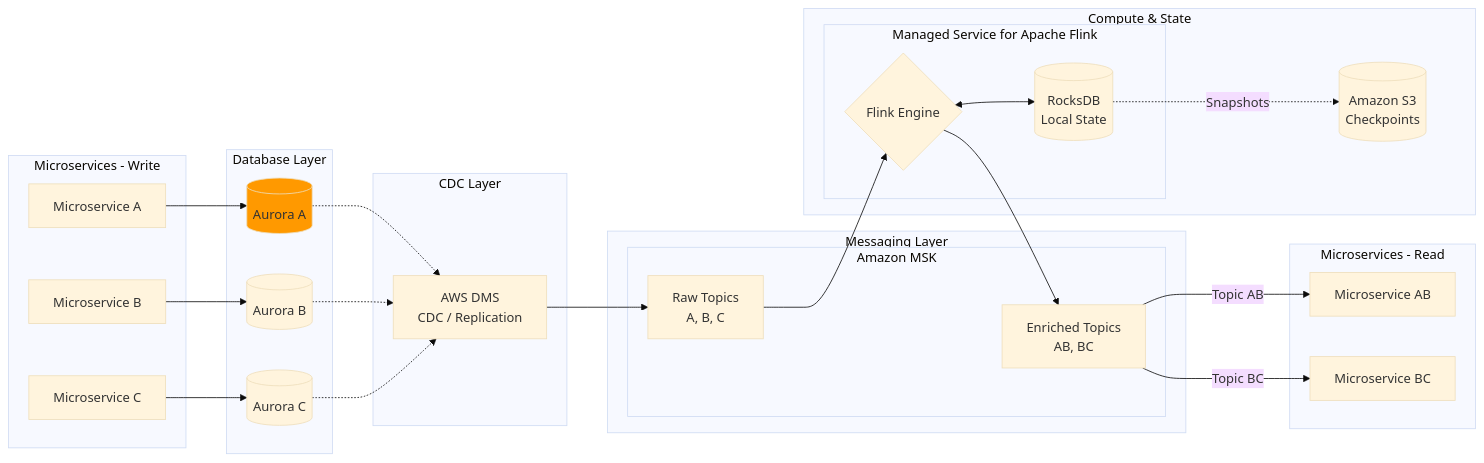
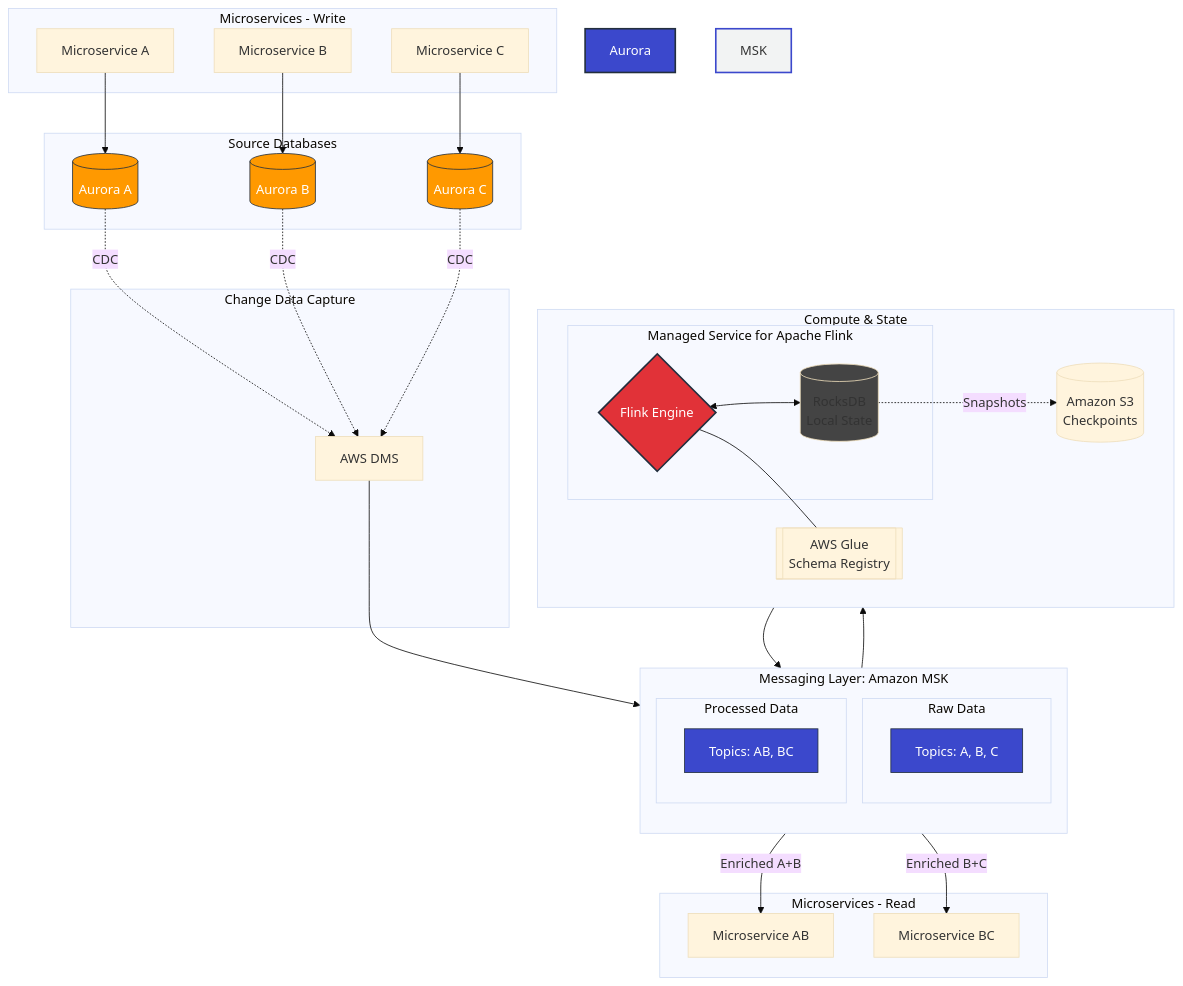
The diagram in diagrams/aws.md (bw-alex-riazanov/event-driven-architecture), drawn with Mermaid (base theme) before and after one commit. The commit also changed other lines of this file, not shown here.

````diff
--- a/diagrams/aws.md
+++ b/diagrams/aws.md
@@ -4,57 +4,80 @@
 ```mermaid
-graph LR
+graph TD
+    %% Группа Продюсеров
     subgraph Producers [Microservices - Write]
         A[Microservice A]
         B[Microservice B]
         C[Microservice C]
     end
 
-    subgraph Storage [Database Layer]
+    %% Группа Баз Данных
+    subgraph Storage [Source Databases]
         DB_A[(Aurora A)]
         DB_B[(Aurora B)]
         DB_C[(Aurora C)]
     end
 
-    subgraph Ingestion [CDC Layer]
-        DMS[AWS DMS<br/>CDC / Replication]
+    %% Слой CDC
+    subgraph Ingestion [Change Data Capture]
+        DMS[AWS DMS]
     end
 
-    subgraph Streaming [Messaging Layer]
-        subgraph MSK [Amazon MSK]
-            T_Raw[Raw Topics<br/>A, B, C]
-            T_Enriched[Enriched Topics<br/>AB, BC]
+    %% Шина Данных
+    subgraph Streaming [Messaging Layer: Amazon MSK]
+        direction TB
+        subgraph RawTopics [Raw Data]
+            T_Raw[Topics: A, B, C]
+        end
+        subgraph EnrichedTopics [Processed Data]
+            T_Enriched[Topics: AB, BC]
         end
     end
 
+    %% Процессинг
     subgraph Processing [Compute & State]
+        direction LR
         subgraph FlinkApp [Managed Service for Apache Flink]
             Flink{Flink Engine}
             Rocks[(RocksDB<br/>Local State)]
             Flink <--> Rocks
         end
+        Glue[[AWS Glue<br/>Schema Registry]]
         S3[(Amazon S3<br/>Checkpoints)]
-        Rocks -.->|Snapshots| S3
     end
 
+    %% Потребители
     subgraph Consumers [Microservices - Read]
         MS_AB[Microservice AB]
         MS_BC[Microservice BC]
     end
 
-    %% Data Flow
+    %% Потоки данных
     A --> DB_A
     B --> DB_B
     C --> DB_C
 
-    DB_A & DB_B & DB_C -.-> DMS
+    DB_A & DB_B & DB_C -.->|CDC| DMS
     DMS --> T_Raw
     
     T_Raw --> Flink
+    Flink --- Glue
+    Rocks -.->|Snapshots| S3
+    
     Flink --> T_Enriched
     
-    T_Enriched -->|Topic AB| MS_AB
-    T_Enriched -->|Topic BC| MS_BC
+    T_Enriched -->|Enriched A+B| MS_AB
+    T_Enriched -->|Enriched B+C| MS_BC
 
-    %% Styling
-    style DB_A fill:#f90,stroke:#23
+    %% Улучшенная стилизация (AWS Colors & Modern UI)
+    style Aurora fill:#3b48cc,stroke:#232f3e,stroke-width:2px,color:#fff
+    style DB_A fill:#f90,stroke:#232f3e,color:#fff
+    style DB_B fill:#f90,stroke:#232f3e,color:#fff
+    style DB_C fill:#f90,stroke:#232f3e,color:#fff
+    
+    style MSK fill:#f2f3f3,stroke:#3b48cc,stroke-width:2px
+    style T_Raw fill:#3b48cc,stroke:#232f3e,color:#fff
+    style T_Enriched fill:#3b48cc,stroke:#232f3e,color:#fff
+
+    style Flink fill:#e13238,stroke:#232f3e,stroke-width:2px,color:#fff
+    style Rocks fill:#444,stroke:#
 ```
````
